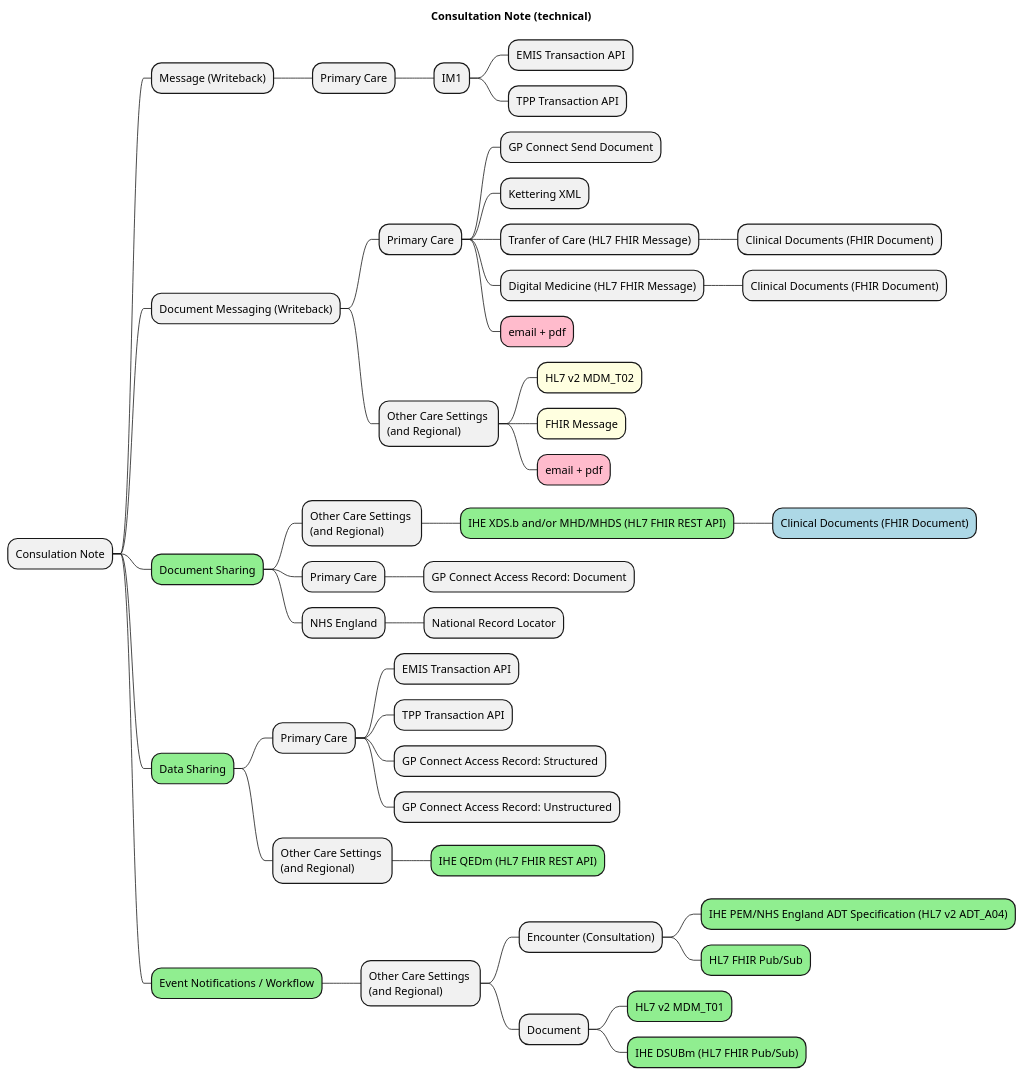
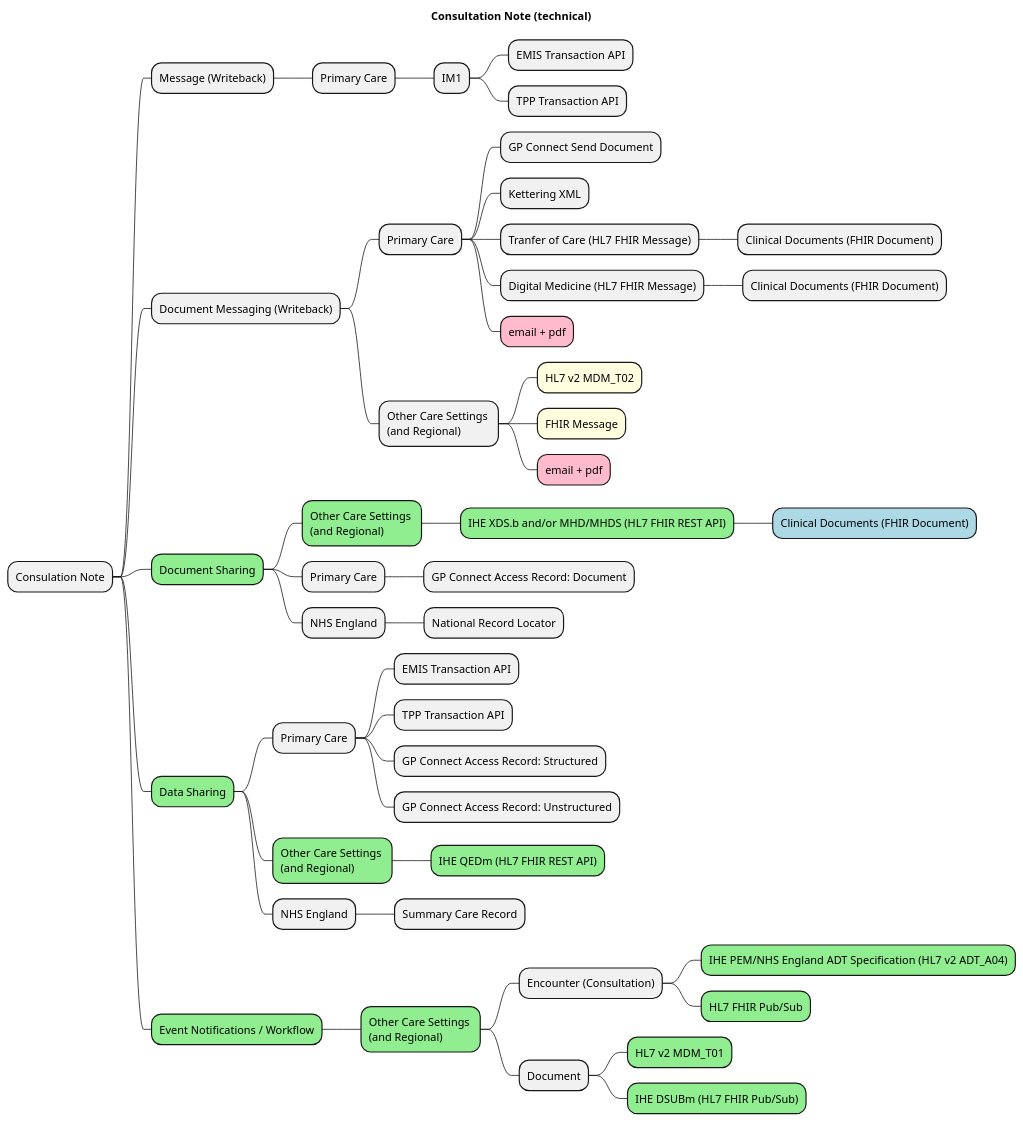
The diagram in input/images-source/consultation-note-technical-mindmap.plantuml (Virtually-Healthcare/virtually-healthcare.github.com), drawn with PlantUML before and after one commit.

Commit message:
Updated ADT message definitions

```diff
--- a/input/images-source/consultation-note-technical-mindmap.plantuml
+++ b/input/images-source/consultation-note-technical-mindmap.plantuml
@@ -1,52 +1,54 @@
 @startmindmap
 
 title "Consultation Note (technical)"
 
 skinparam svgDimensionStyle false
 
 * Consulation Note
 ** Message (Writeback)
 *** Primary Care
 **** IM1
 ***** EMIS Transaction API
 ***** TPP Transaction API
 ** Document Messaging (Writeback)
 *** Primary Care
 **** GP Connect Send Document
 **** Kettering XML
 **** Tranfer of Care (HL7 FHIR Message)
 ***** Clinical Documents (FHIR Document)
 **** Digital Medicine (HL7 FHIR Message)
 ***** Clinical Documents (FHIR Document)
 ****[#FFBBCC] email + pdf
 *** Other Care Settings \n(and Regional)
 ****[#lightyellow] HL7 v2 MDM_T02
 ****[#lightyellow] FHIR Message
 ****[#FFBBCC] email + pdf
 **[#lightgreen] Document Sharing
-*** Other Care Settings \n(and Regional)
+***[#lightgreen] Other Care Settings \n(and Regional)
 ****[#lightgreen] IHE XDS.b and/or MHD/MHDS (HL7 FHIR REST API)
 *****[#lightblue] Clinical Documents (FHIR Document)
 *** Primary Care
 **** GP Connect Access Record: Document
 *** NHS England
 **** National Record Locator
 **[#lightgreen] Data Sharing
 *** Primary Care
 **** EMIS Transaction API
 **** TPP Transaction API
 **** GP Connect Access Record: Structured
 **** GP Connect Access Record: Unstructured
-*** Other Care Settings \n(and Regional)
+***[#lightgreen] Other Care Settings \n(and Regional)
 ****[#lightgreen] IHE QEDm (HL7 FHIR REST API)
+*** NHS England
+**** Summary Care Record
 **[#lightgreen] Event Notifications / Workflow
-*** Other Care Settings \n(and Regional)
+***[#lightgreen] Other Care Settings \n(and Regional)
 **** Encounter (Consultation)
 *****[#lightgreen] IHE PEM/NHS England ADT Specification (HL7 v2 ADT_A04)
 *****[#lightgreen] HL7 FHIR Pub/Sub
 **** Document
 *****[#lightgreen] HL7 v2 MDM_T01
 *****[#lightgreen] IHE DSUBm (HL7 FHIR Pub/Sub)
 
 
 @endmindmap
```
